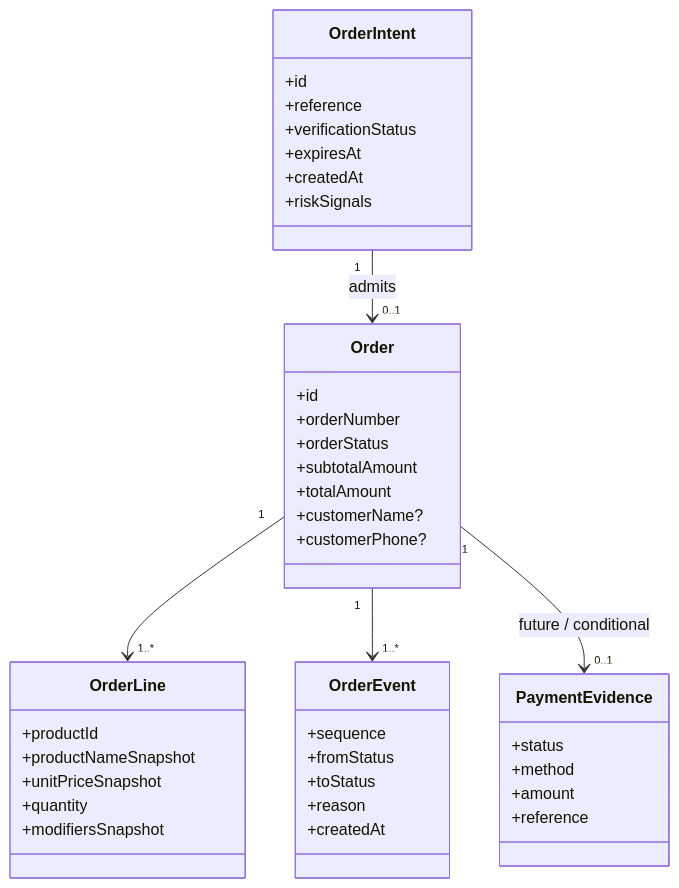
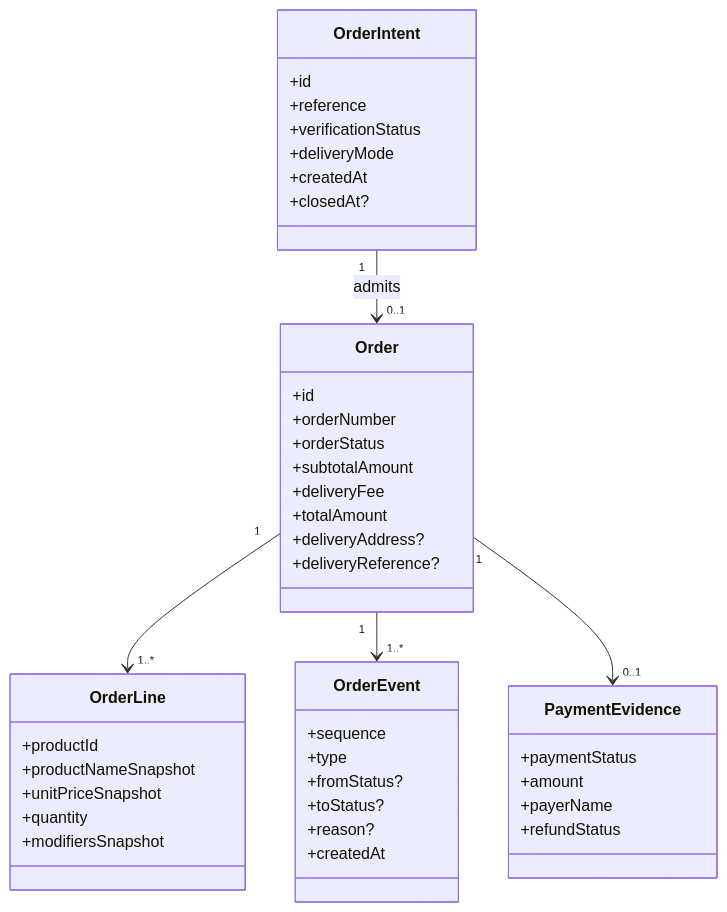
Before and after one commit to sjo1848/taco-loco: the eighth of 11 diagrams in docs/product/TL-HIGH-LEVEL-WORKFLOWS.md, drawn with Mermaid. The commit also changed other lines of this file, not shown here.

Commit message:
docs: close Taco Loco order-flow HLD human review

````diff
--- a/docs/product/TL-HIGH-LEVEL-WORKFLOWS.md
+++ b/docs/product/TL-HIGH-LEVEL-WORKFLOWS.md
@@ -236,45 +240,47 @@
 ```mermaid
 classDiagram
     class OrderIntent {
       +id
       +reference
       +verificationStatus
-      +expiresAt
+      +deliveryMode
       +createdAt
-      +riskSignals
+      +closedAt?
     }
     class Order {
       +id
       +orderNumber
       +orderStatus
       +subtotalAmount
+      +deliveryFee
       +totalAmount
-      +customerName?
-      +customerPhone?
+      +deliveryAddress?
+      +deliveryReference?
+    }
+    class PaymentEvidence {
+      +paymentStatus
+      +amount
+      +payerName
+      +refundStatus
     }
     class OrderLine {
       +productId
       +productNameSnapshot
       +unitPriceSnapshot
       +quantity
       +modifiersSnapshot
     }
     class OrderEvent {
       +sequence
-      +fromStatus
-      +toStatus
-      +reason
+      +type
+      +fromStatus?
+      +toStatus?
+      +reason?
       +createdAt
-    }
-    class PaymentEvidence {
-      +status
-      +method
-      +amount
-      +reference
     }
 
     OrderIntent "1" --> "0..1" Order : admits
     Order "1" --> "1..*" OrderLine
     Order "1" --> "1..*" OrderEvent
-    Order "1" --> "0..1" PaymentEvidence : future / conditional
+    Order "1" --> "0..1" PaymentEvidence
 ```
````
